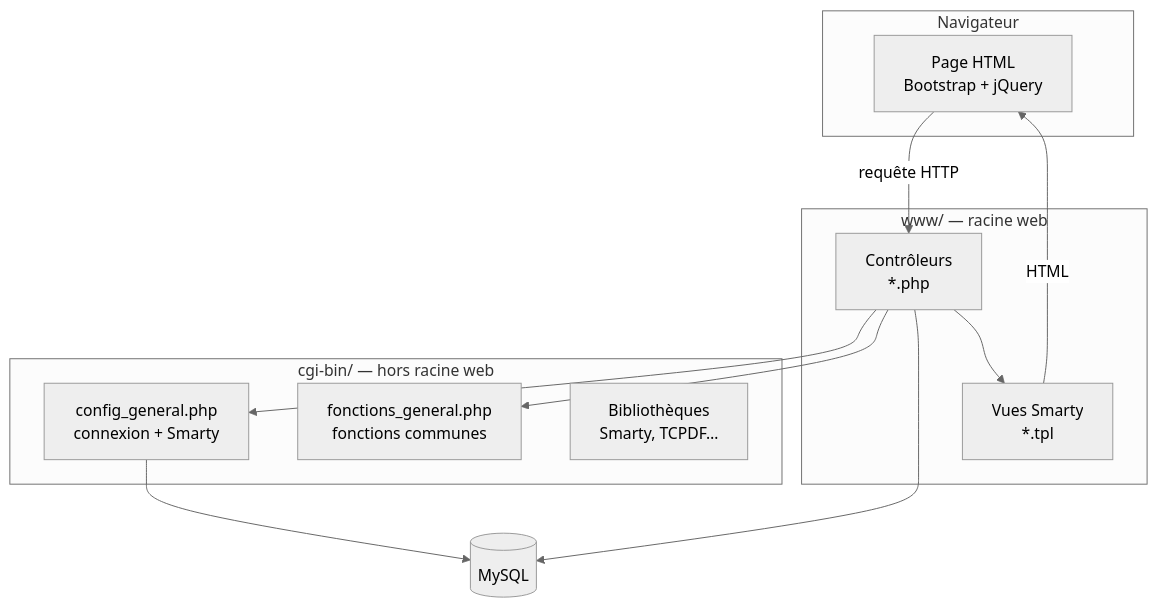
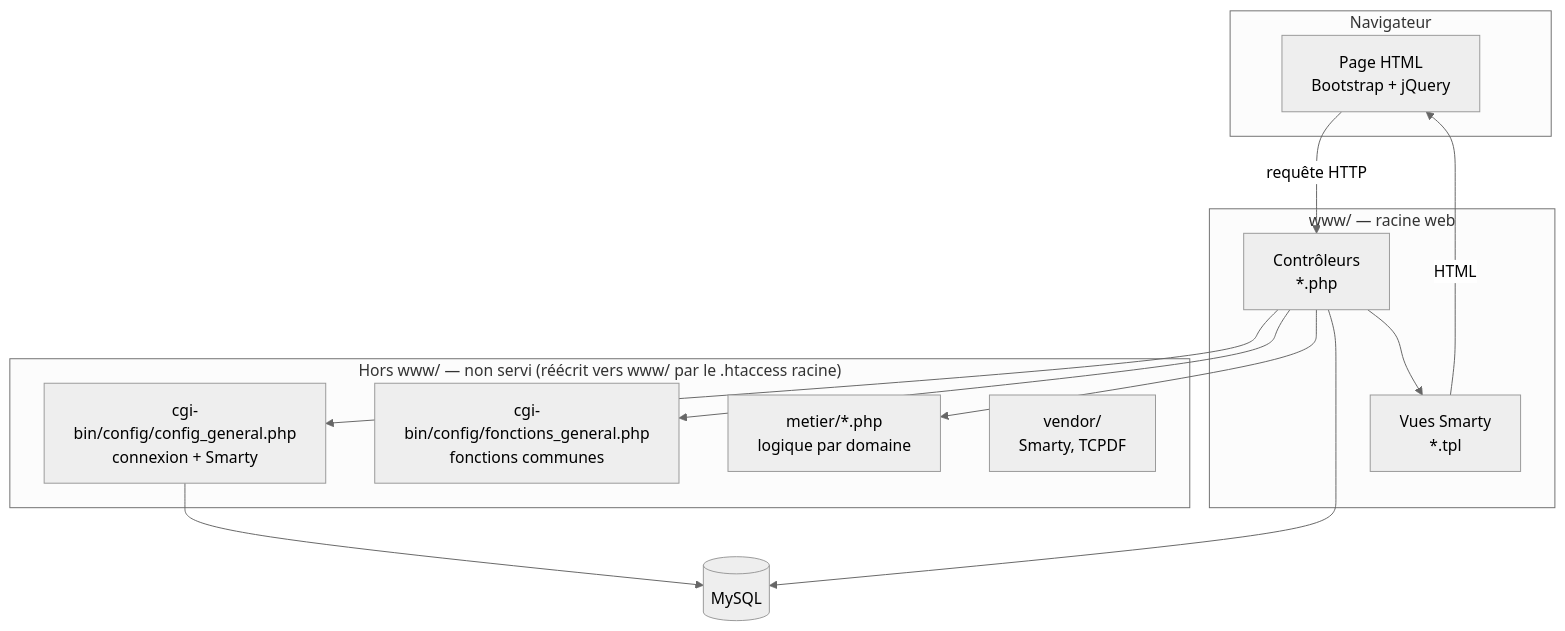
The first of 2 diagrams in docs/architecture.md (Silmaen/cms), drawn with Mermaid (neutral theme) before and after one commit. The commit also changed other lines of this file and 3366 other files, not shown here.

````diff
--- a/docs/architecture.md
+++ b/docs/architecture.md
@@ -18,24 +19,26 @@
 ```mermaid
 flowchart TB
     subgraph Navigateur
         UI[Page HTML<br/>Bootstrap + jQuery]
     end
     subgraph "www/ — racine web"
         CTRL["Contrôleurs<br/>*.php"]
         TPL["Vues Smarty<br/>*.tpl"]
     end
-    subgraph "cgi-bin/ — hors racine web"
-        CFG["config_general.php<br/>connexion + Smarty"]
-        FCT["fonctions_general.php<br/>fonctions communes"]
-        LIBS["Bibliothèques<br/>Smarty, TCPDF…"]
+    subgraph "Hors www/ — non servi (réécrit vers www/ par le .htaccess racine)"
+        CFG["cgi-bin/config/config_general.php<br/>connexion + Smarty"]
+        FCT["cgi-bin/config/fonctions_general.php<br/>fonctions communes"]
+        MET["metier/*.php<br/>logique par domaine"]
+        LIBS["vendor/<br/>Smarty, TCPDF"]
     end
     DB[(MySQL)]
 
     UI -->|requête HTTP| CTRL
     CTRL --> CFG
     CTRL --> FCT
+    CTRL --> MET
     CFG --> DB
     CTRL --> DB
     CTRL --> TPL
     TPL -->|HTML| UI
 ```
````
